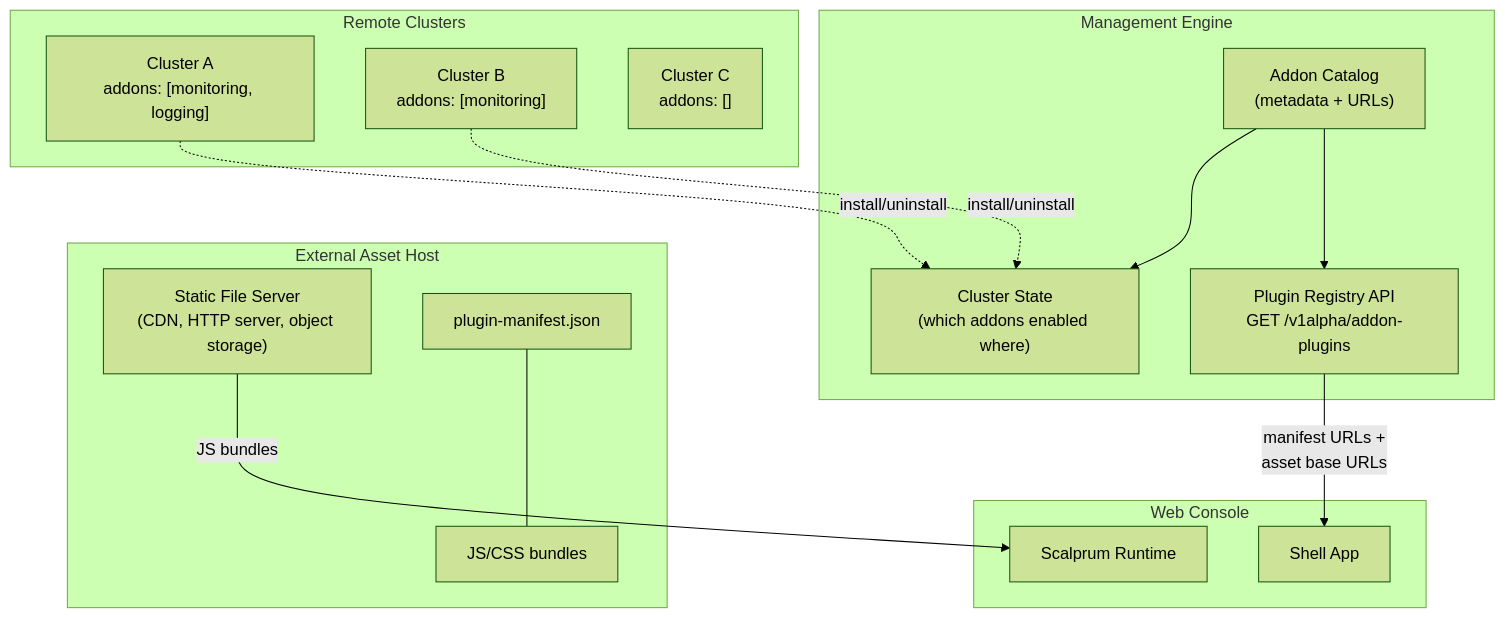
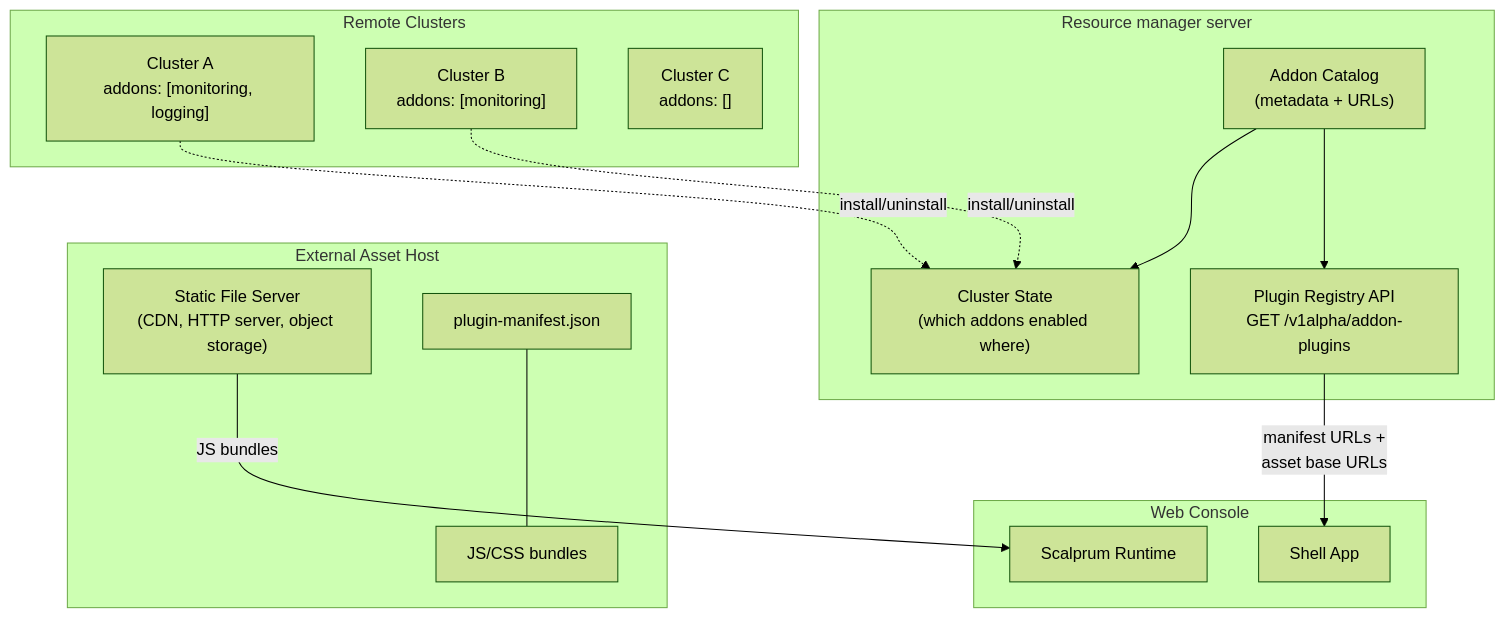
One commit to fleetshift/fleetshift-poc changed the second of 11 diagrams in docs/design/addon-ui-architecture.md. Above: the diagram before and after it, drawn with Mermaid (forest theme). The commit also changed other lines of this file and 15 other files, not shown here.

Commit message:
Clarify fleetlet responsibilities and align architecture terminology

````diff
--- a/docs/design/addon-ui-architecture.md
+++ b/docs/design/addon-ui-architecture.md
@@ -190,35 +190,35 @@
 ```mermaid
 graph TD
-    subgraph Engine["Management Engine"]
+    subgraph ResourceManager["Resource manager server"]
         CAT["Addon Catalog<br/>(metadata + URLs)"]
         STATE["Cluster State<br/>(which addons enabled where)"]
         API["Plugin Registry API<br/>GET /v1alpha/addon-plugins"]
 
         CAT --> STATE
         CAT --> API
     end
 
     subgraph AssetHost["External Asset Host"]
         CDN["Static File Server<br/>(CDN, HTTP server, object storage)"]
         MANIFEST["plugin-manifest.json"]
         JS["JS/CSS bundles"]
 
         MANIFEST --- JS
     end
 
     subgraph Clusters["Remote Clusters"]
         C1["Cluster A<br/>addons: [monitoring, logging]"]
         C2["Cluster B<br/>addons: [monitoring]"]
         C3["Cluster C<br/>addons: []"]
     end
 
     subgraph Browser["Web Console"]
         SHELL["Shell App"]
         SCALPRUM["Scalprum Runtime"]
     end
 
     API -->|"manifest URLs +<br/>asset base URLs"| SHELL
     CDN -->|"JS bundles"| SCALPRUM
     C1 -.->|"install/uninstall"| STATE
     C2 -.->|"install/uninstall"| STATE
 ```
````
